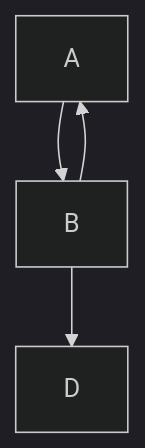
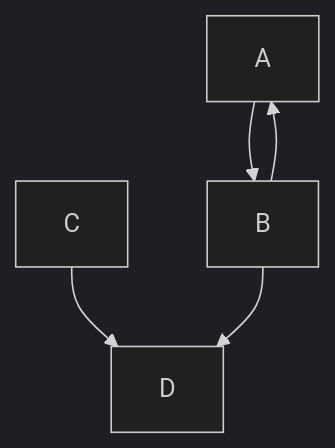
One commit to tobdos/ghpages-dogygen changed the diagram in docs/index.md. Above: the diagram before and after it, drawn with Mermaid (dark theme).

````diff
--- a/docs/index.md
+++ b/docs/index.md
@@ -15,6 +15,7 @@
 ```mermaid
 graph TD;
     A-->B;
     B-->A;
+    C-->D;
     B-->D;
 ```
````
